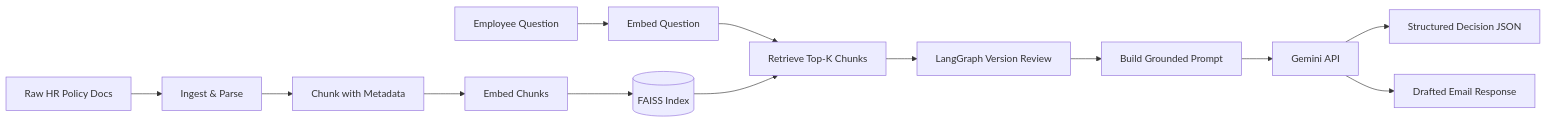
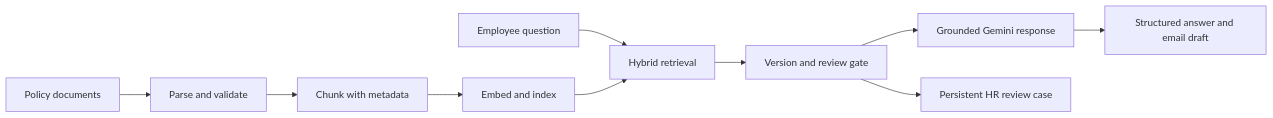
Before and after one commit to shreerachanaa1010-spec/rag-chatbot: the diagram in README.md, drawn with Mermaid. The commit also changed other lines of this file and 25 other files, not shown here.

````diff
--- a/README.md
+++ b/README.md
@@ -32,15 +20,12 @@
 ```mermaid
 flowchart LR
-    A[Raw HR Policy Docs] --> B[Ingest & Parse]
-    B --> C[Chunk with Metadata]
-    C --> D[Embed Chunks]
-    D --> E[(FAISS Index)]
-    F[Employee Question] --> G[Embed Question]
-    G --> H[Retrieve Top-K Chunks]
-    E --> H
-    H --> I[LangGraph Version Review]
-    I --> J[Build Grounded Prompt]
-    J --> K[Gemini API]
-    K --> L[Structured Decision JSON]
-    K --> M[Drafted Email Response]
+    A[Policy documents] --> B[Parse and validate]
+    B --> C[Chunk with metadata]
+    C --> D[Embed and index]
+    E[Employee question] --> F[Hybrid retrieval]
+    D --> F
+    F --> G[Version and review gate]
+    G --> H[Grounded Gemini response]
+    H --> I[Structured answer and email draft]
+    G --> J[Persistent HR review case]
 ```
````
